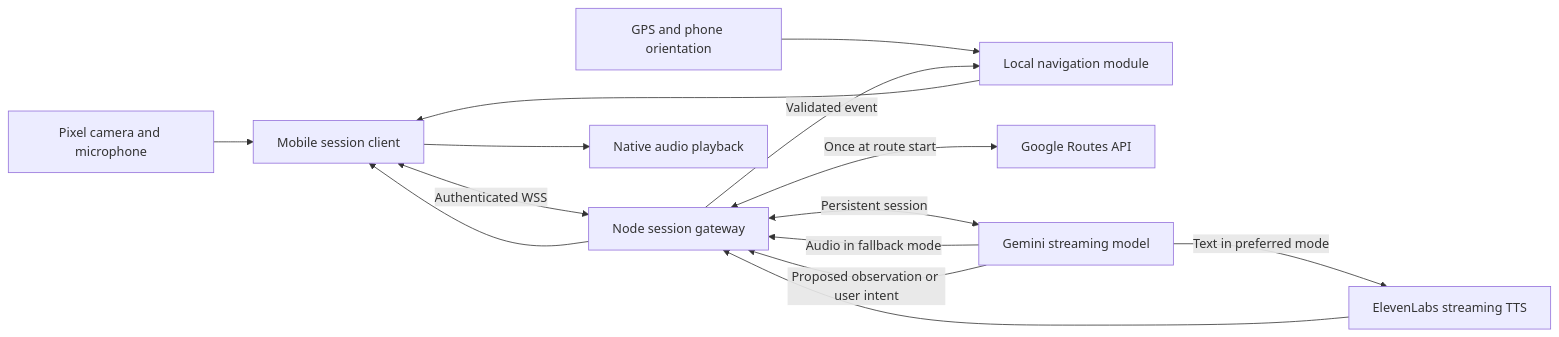
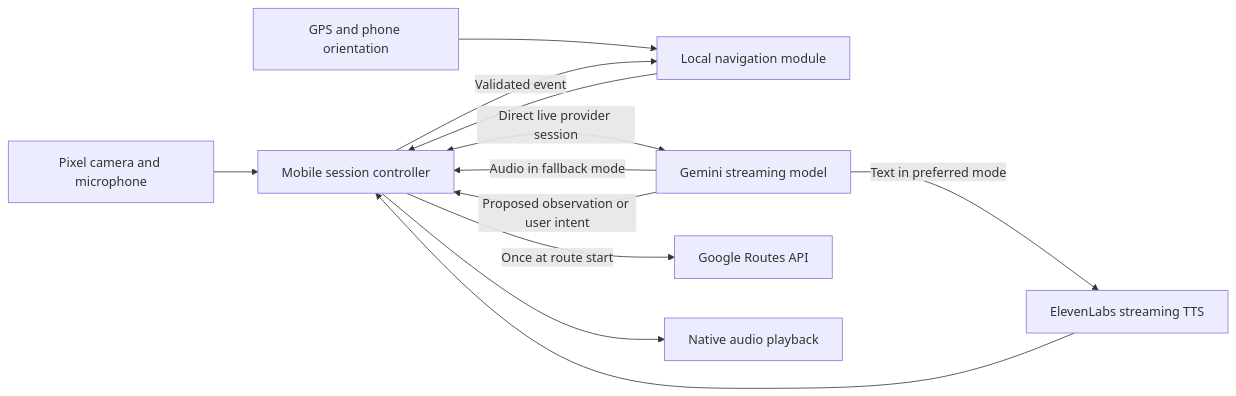
The diagram in HACKATHON_PLAN.md (anekobtw/cerebro), drawn with Mermaid before and after one commit. The commit also changed other lines of this file and 33 other files, not shown here.

First line of the commit message:
feat(mobile): phase 2 phone-direct Gemini Live session

````diff
--- a/HACKATHON_PLAN.md
+++ b/HACKATHON_PLAN.md
@@ -96,16 +104,14 @@
 ```mermaid
 flowchart LR
-    C[Pixel camera and microphone] --> M[Mobile session client]
+    C[Pixel camera and microphone] --> M[Mobile session controller]
     G[GPS and phone orientation] --> N[Local navigation module]
     N --> M
-    M <-->|Authenticated WSS| S[Node session gateway]
-    S <-->|Once at route start| R[Google Routes API]
-    S <-->|Persistent session| V[Gemini streaming model]
+    M <-->|Direct live provider session| V[Gemini streaming model]
+    M -->|Once at route start| R[Google Routes API]
     V -->|Text in preferred mode| T[ElevenLabs streaming TTS]
-    T --> S
-    V -->|Audio in fallback mode| S
-    S --> M
+    T --> M
+    V -->|Audio in fallback mode| M
     M --> P[Native audio playback]
-    V -->|Proposed observation or user intent| S
-    S -->|Validated event| N
+    V -->|Proposed observation or user intent| M
+    M -->|Validated event| N
 ```
````
